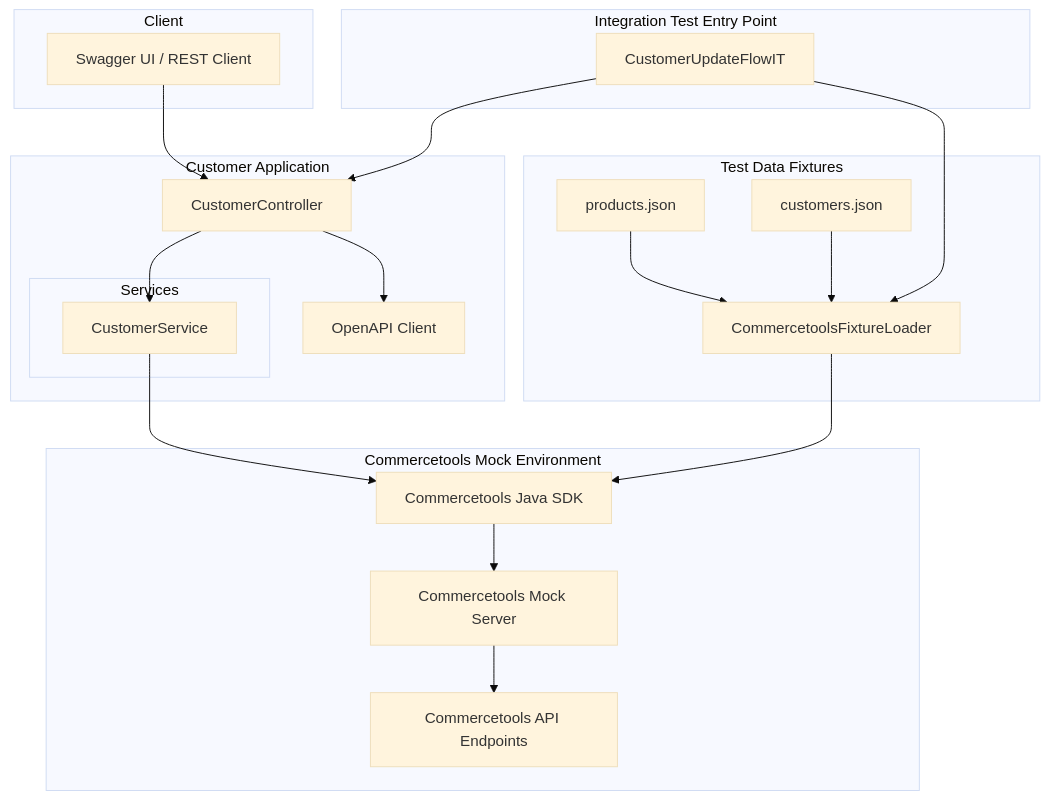
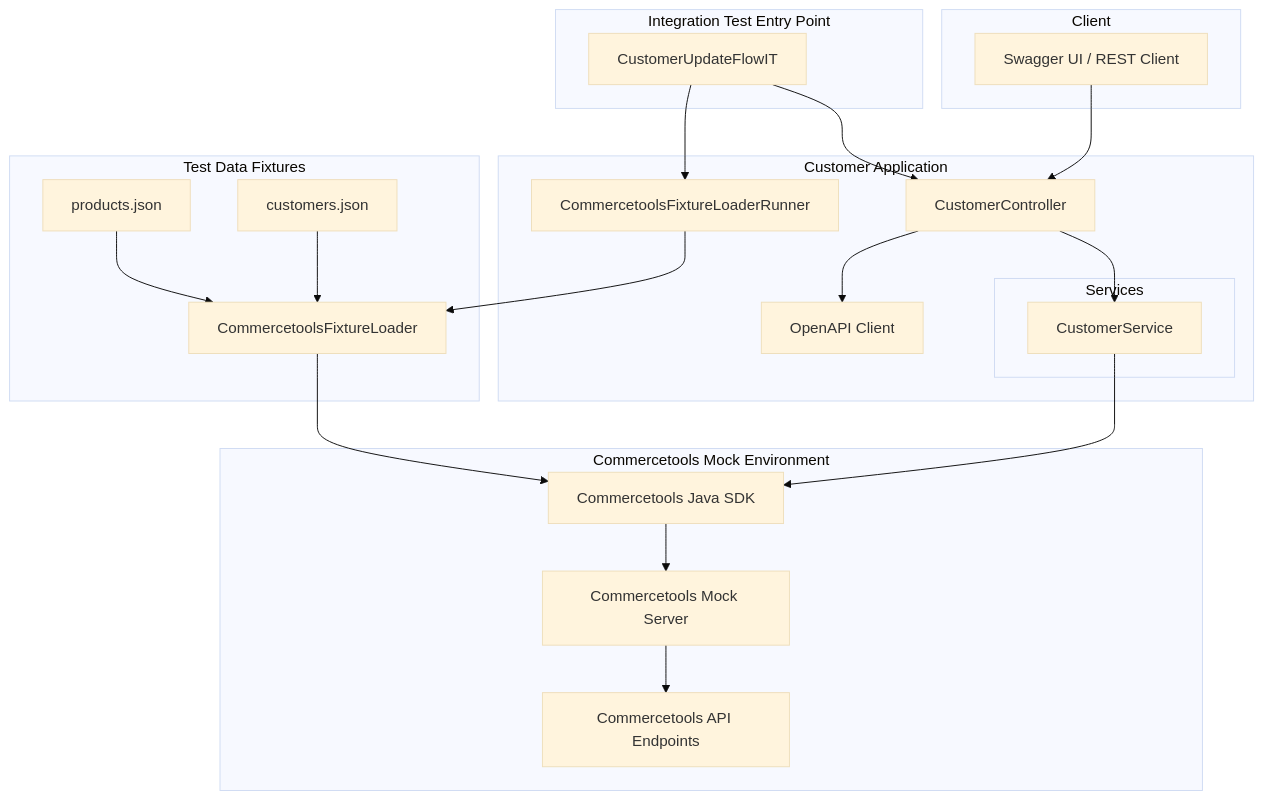
The diagram in README.md (george-sabau/ct-demo), drawn with Mermaid (base theme) before and after one commit. The commit also changed other lines of this file and 1 other file, not shown here.

````diff
--- a/README.md
+++ b/README.md
@@ -61,49 +71,51 @@
 ```mermaid
 flowchart TD
    subgraph TestClient["Integration Test Entry Point"]
       CustomerUpdateIT[CustomerUpdateFlowIT]
    end
 
    subgraph Client
       SwaggerUI[Swagger UI / REST Client]
    end
 
    subgraph Application["Customer Application"]
       CustomerController[CustomerController]
       subgraph Services
          CustomerService[CustomerService]
       end
       OpenApiClient[OpenAPI Client]
+      FixtureLoaderRunner[CommercetoolsFixtureLoaderRunner]
    end
 
    subgraph Commercetools["Commercetools Mock Environment"]
       MockServer[Commercetools Mock Server]
       CommercetoolsSDK[Commercetools Java SDK]
       CTAPI[Commercetools API Endpoints]
    end
 
    subgraph Fixtures["Test Data Fixtures"]
       ProductFixtures[products.json]
       CustomerFixtures[customers.json]
       FixtureLoader[CommercetoolsFixtureLoader]
    end
 
 %% TestClient triggers REST API calls
    CustomerUpdateIT --> CustomerController
-   CustomerUpdateIT --> FixtureLoader
+   CustomerUpdateIT --> FixtureLoaderRunner
 
 %% Client interaction (optional)
    SwaggerUI --> CustomerController
 
 %% REST API flow
    CustomerController --> CustomerService
    CustomerService --> CommercetoolsSDK
    CommercetoolsSDK --> MockServer
    MockServer --> CTAPI
    CustomerController --> OpenApiClient
 
 %% Fixture loading flow
    ProductFixtures --> FixtureLoader
    CustomerFixtures --> FixtureLoader
    FixtureLoader --> CommercetoolsSDK
+   FixtureLoaderRunner --> FixtureLoader
 ```
````
